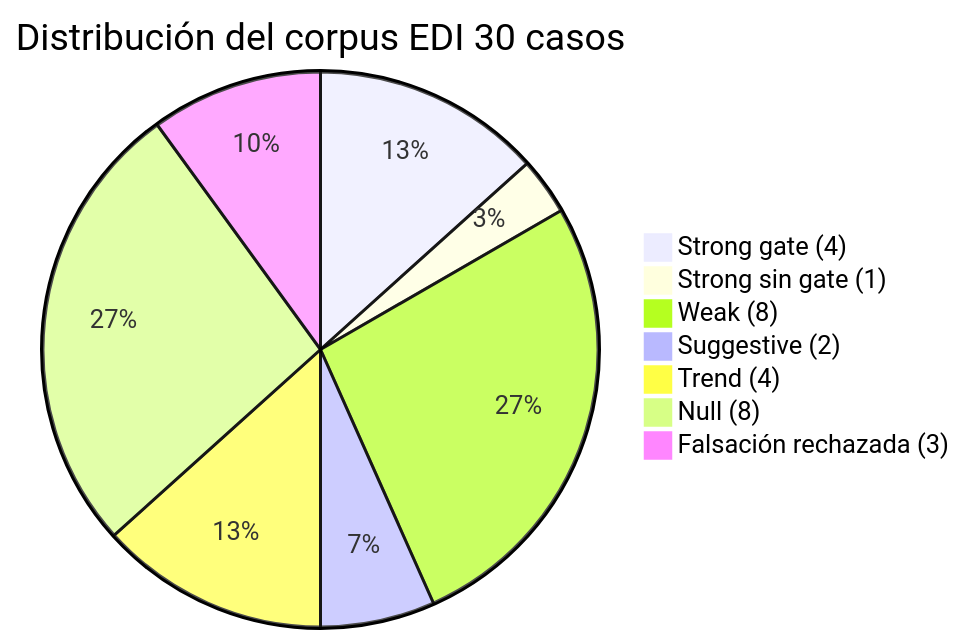
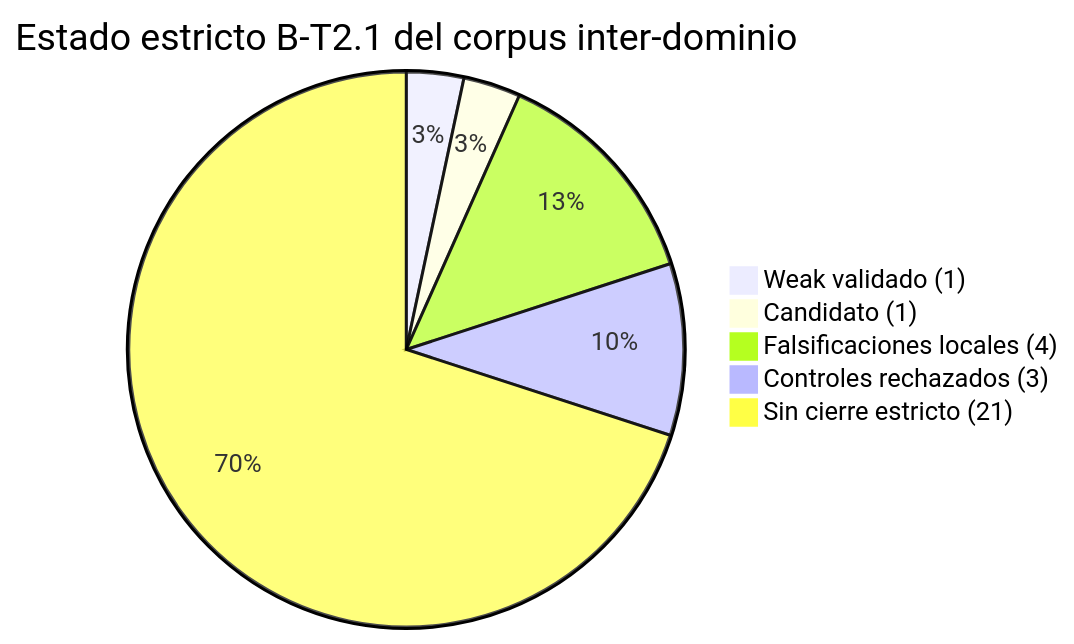
Before and after one commit to stevenvo780/EstructurasPreontologicas: the sixth of 9 diagrams in 10-apendices-tecnicos/03-figuras-mermaid.md, drawn with Mermaid. The commit also changed other lines of this file and 32 other files, not shown here.

````diff
--- a/10-apendices-tecnicos/03-figuras-mermaid.md
+++ b/10-apendices-tecnicos/03-figuras-mermaid.md
@@ -129,10 +129,8 @@
 ```mermaid
-pie title Distribución del corpus EDI 30 casos
-    "Strong gate (4)" : 4
-    "Strong sin gate (1)" : 1
-    "Weak (8)" : 8
-    "Suggestive (2)" : 2
-    "Trend (4)" : 4
-    "Null (8)" : 8
-    "Falsación rechazada (3)" : 3
+pie title Estado estricto B-T2.1 del corpus inter-dominio
+    "Weak validado (1)" : 1
+    "Candidato (1)" : 1
+    "Falsificaciones locales (4)" : 4
+    "Controles rechazados (3)" : 3
+    "Sin cierre estricto (21)" : 21
 ```
````
